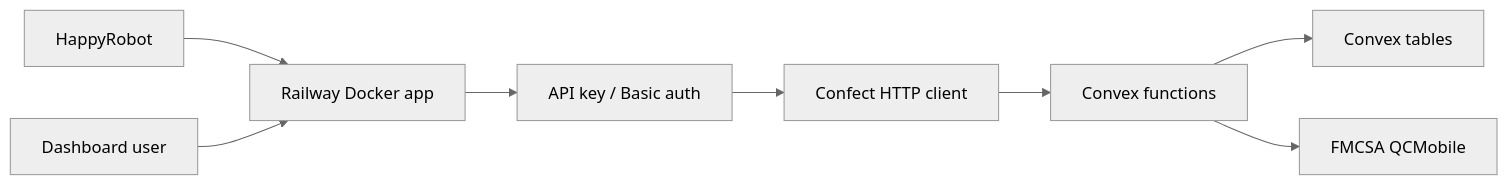
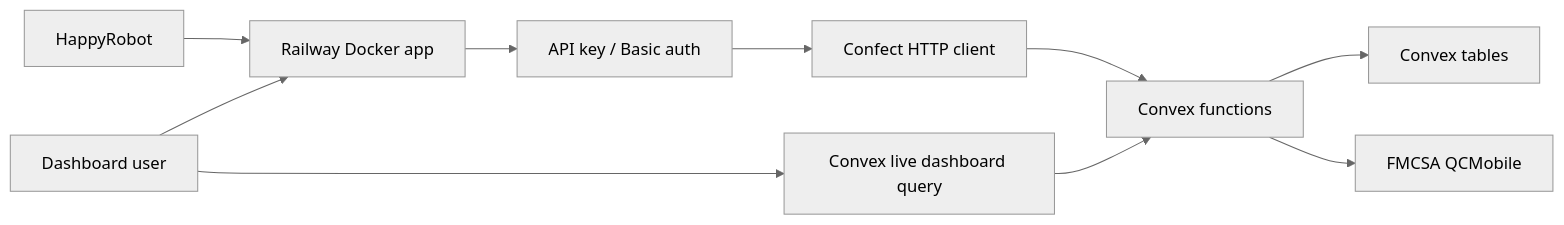
Before and after one commit to nabilfatih/happyrobot: the diagram in docs/fde-threat-model.md, drawn with Mermaid (neutral theme). The commit also changed other lines of this file and 16 other files, not shown here.

Commit message:
Add Convex realtime dashboard

````diff
--- a/docs/fde-threat-model.md
+++ b/docs/fde-threat-model.md
@@ -33,10 +34,12 @@
 ```mermaid
 flowchart LR
   HR["HappyRobot"] --> API["Railway Docker app"]
   User["Dashboard user"] --> API
   API --> Auth["API key / Basic auth"]
   Auth --> Confect["Confect HTTP client"]
   Confect --> Convex["Convex functions"]
+  User --> Live["Convex live dashboard query"]
+  Live --> Convex
   Convex --> Store["Convex tables"]
   Convex --> FMCSA["FMCSA QCMobile"]
 ```
````
